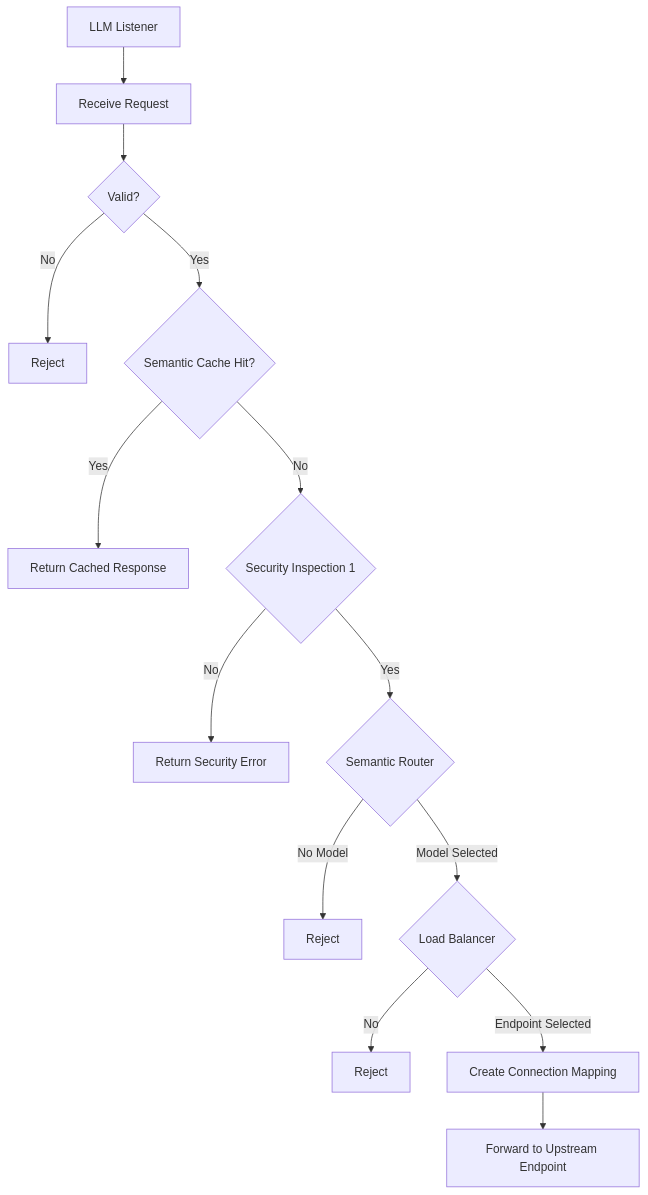
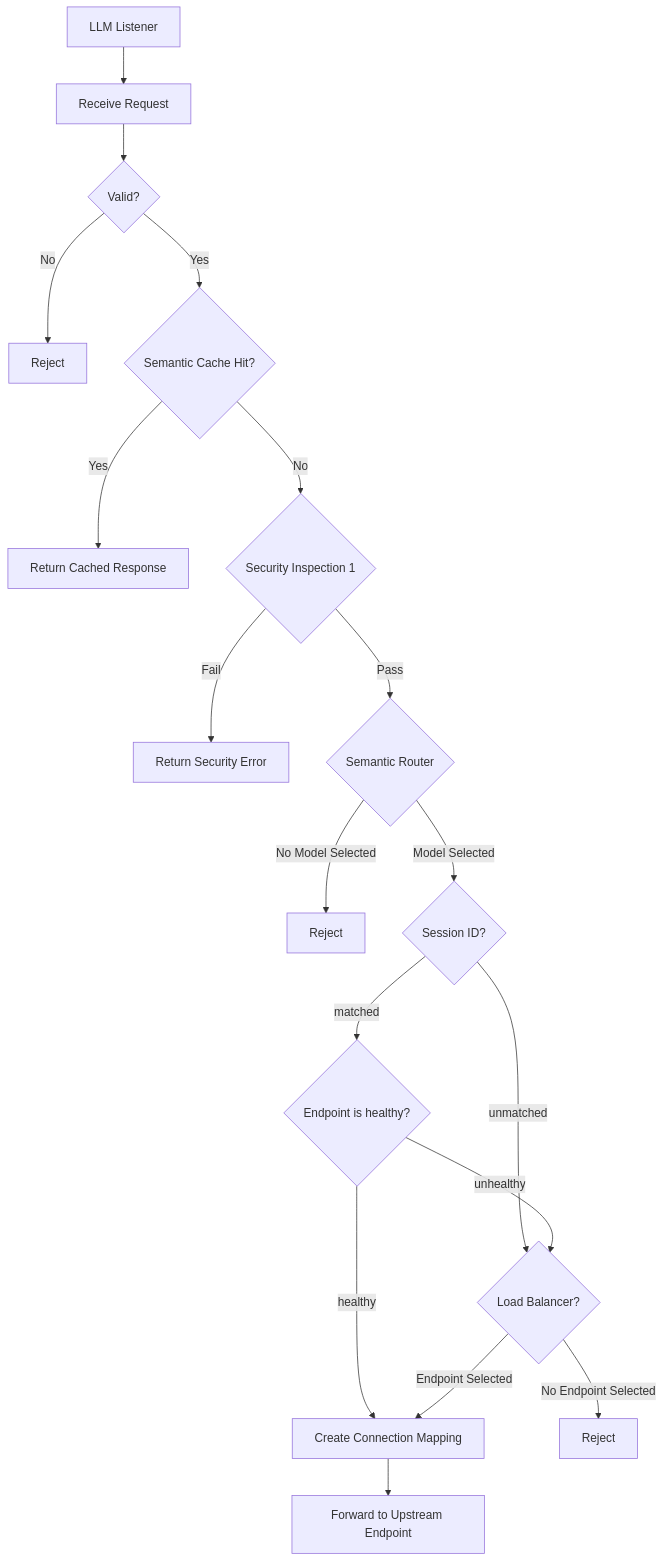
The first of 3 diagrams in ase_llm_load_balancer.md (puyanguvic/semenatic_routing_and_load_balance), drawn with Mermaid before and after one commit. The commit also changed other lines of this file, not shown here.

````diff
--- a/ase_llm_load_balancer.md
+++ b/ase_llm_load_balancer.md
@@ -40,22 +40,25 @@
 ```mermaid
 flowchart TD
     A[LLM Listener] --> B[Receive Request]
     B --> C{Valid?}
 
     C -- No --> R1[Reject]
 
     C -- Yes --> SC{Semantic Cache Hit?}
     SC -- Yes --> F[Return Cached Response]
 
     SC -- No --> SEC{Security Inspection 1}
-    SEC -- No --> G[Return Security Error]
+    SEC -- Fail --> G[Return Security Error]
 
-    SEC -- Yes --> SR{Semantic Router}
-    SR -- No Model --> R2[Reject]
-
-    SR -- Model Selected --> LB{Load Balancer}
-    LB -- No --> R3[Reject]
-
+    SEC -- Pass --> SR{Semantic Router}
+    SR -- No Model Selected --> R2[Reject]
+    SR -- Model Selected --> SID{Session ID?}
+    SID -- matched --> EP{Endpoint is healthy?}
+    SID -- unmatched --> LB{Load Balancer?}
+    EP -- unhealthy --> LB{Load Balancer?}
+    EP -- healthy --> MAP[Create Connection Mapping] 
+    
+    LB -- No Endpoint Selected --> R3[Reject]
     LB -- Endpoint Selected --> MAP[Create Connection Mapping]
     MAP --> FORWARD[Forward to Upstream Endpoint]
 ```
````
